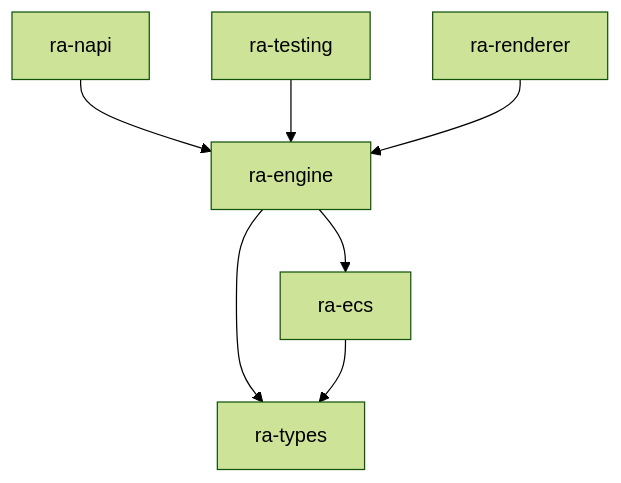
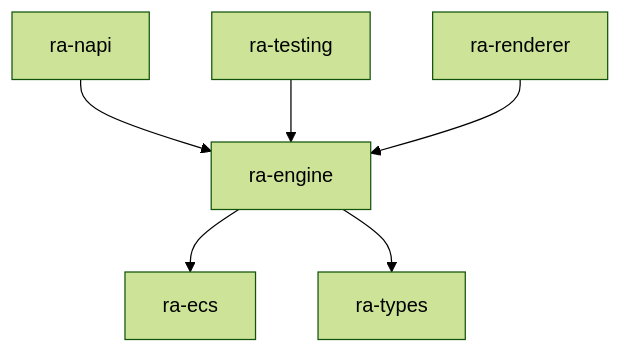
Before and after one commit to rust-alert/ra2.exe: the second of 3 diagrams in projects/engine/ra-ecs/readme.md, drawn with Mermaid (forest theme). The commit also changed other lines of this file and 7 other files, not shown here.

````diff
--- a/projects/engine/ra-ecs/readme.md
+++ b/projects/engine/ra-ecs/readme.md
@@ -37,16 +33,15 @@
 ```mermaid
 flowchart TB
   desk[ra-napi]
   test[ra-testing]
   ren[ra-renderer]
   eng[ra-engine]
   ecs[ra-ecs]
   types[ra-types]
 
   desk --> eng
   test --> eng
   ren --> eng
   eng --> ecs
   eng --> types
-  ecs --> types
 ```
````
